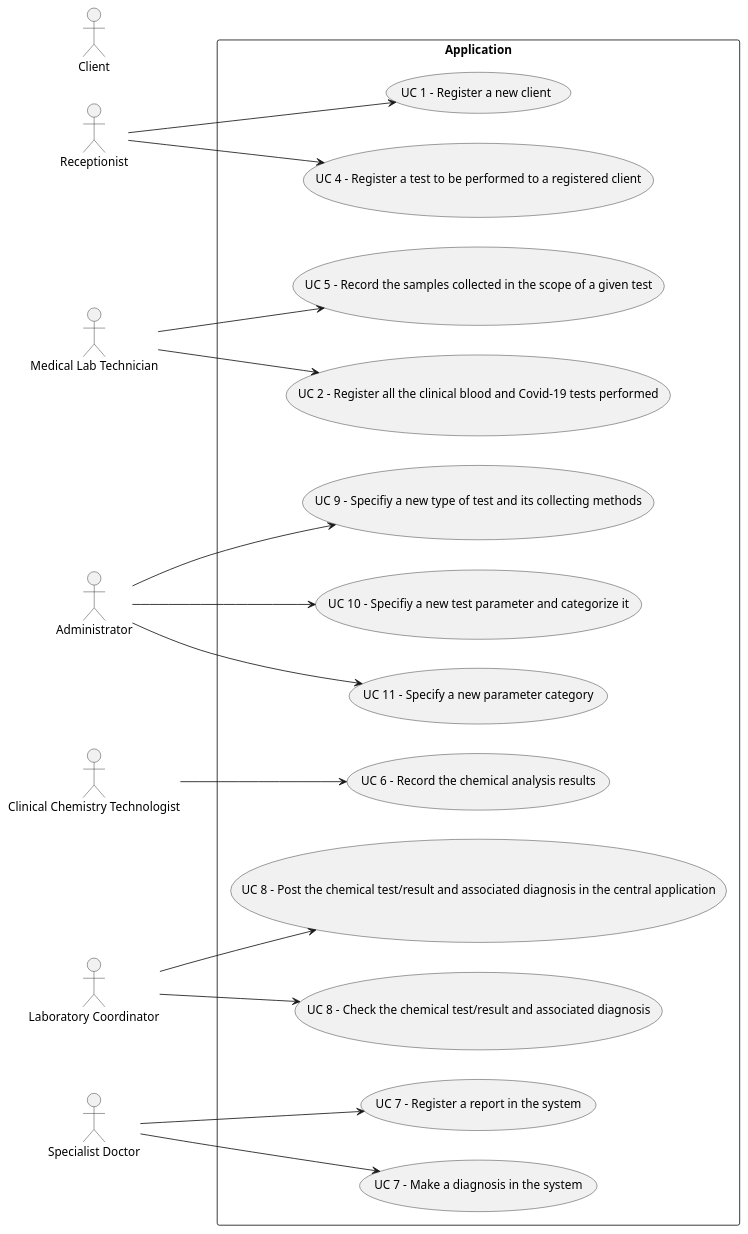
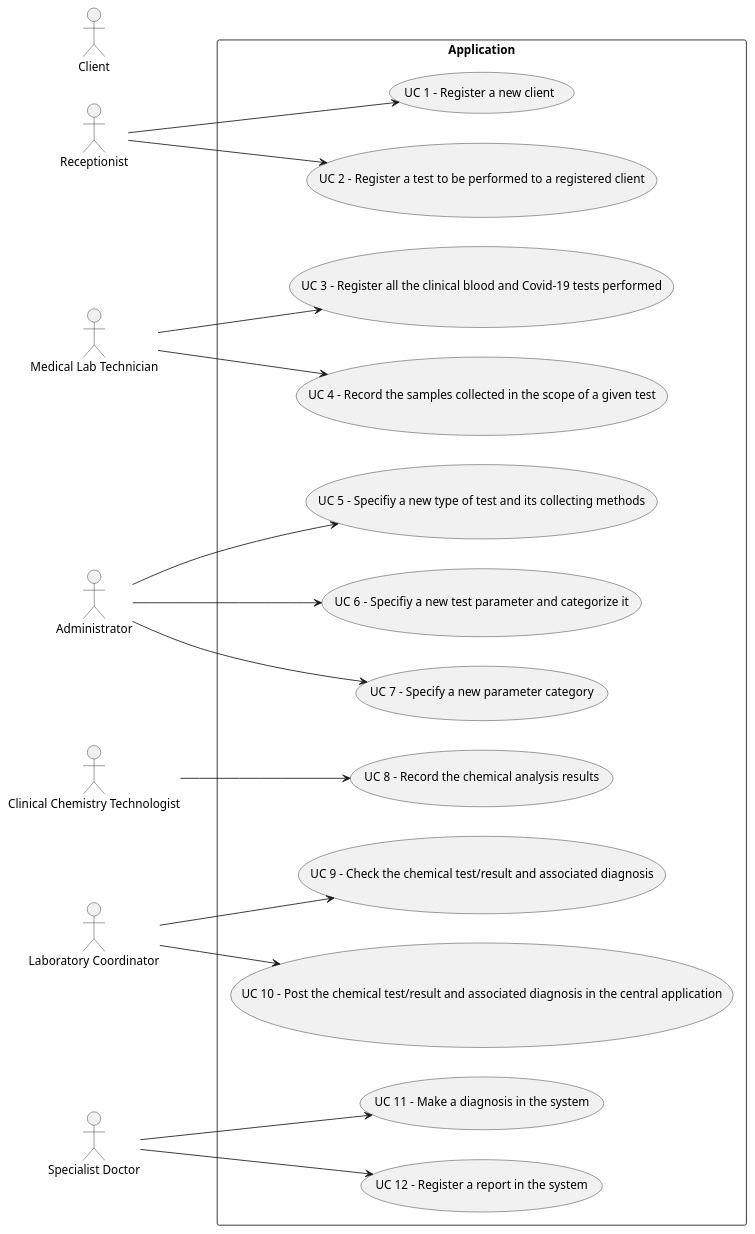
The diagram in docs/SprintA/Use Case Diagram.puml (ana-albergaria/LAPR2-ISEP), drawn with PlantUML before and after one commit. The commit also changed 1 other file, not shown here.

Commit message:
fixing enumeration of UC's in the UC diagram

```diff
--- a/docs/SprintA/Use Case Diagram.puml
+++ b/docs/SprintA/Use Case Diagram.puml
@@ -1,32 +1,32 @@
 @startuml
 
 left to right direction
 skinparam packageStyle rectangle
 actor Receptionist
 actor "Medical Lab Technician" as MLT
 actor Administrator
 actor "Clinical Chemistry Technologist" as CCT
 actor "Laboratory Coordinator" as LC
 actor "Specialist Doctor" as SD
 actor Client
 
 
 
 rectangle Application {
 Receptionist --> (UC 1 - Register a new client)
-MLT --> (UC 2 - Register all the clinical blood and Covid-19 tests performed)
-Receptionist --> (UC 4 - Register a test to be performed to a registered client)
-MLT --> (UC 5 - Record the samples collected in the scope of a given test)
-CCT --> (UC 6 - Record the chemical analysis results)
-SD --> (UC 7 - Make a diagnosis in the system)
-SD --> (UC 7 - Register a report in the system)
-LC --> (UC 8 - Check the chemical test/result and associated diagnosis)
-LC --> (UC 8 - Post the chemical test/result and associated diagnosis in the central application)
-Administrator --> (UC 9 - Specifiy a new type of test and its collecting methods)
-Administrator --> (UC 10 - Specifiy a new test parameter and categorize it)
-Administrator --> (UC 11 - Specify a new parameter category)
+Receptionist --> (UC 2 - Register a test to be performed to a registered client)
+MLT --> (UC 3 - Register all the clinical blood and Covid-19 tests performed)
+MLT --> (UC 4 - Record the samples collected in the scope of a given test)
+CCT --> (UC 8 - Record the chemical analysis results)
+Administrator --> (UC 5 - Specifiy a new type of test and its collecting methods)
+Administrator --> (UC 6 - Specifiy a new test parameter and categorize it)
+Administrator --> (UC 7 - Specify a new parameter category)
+SD --> (UC 11 - Make a diagnosis in the system)
+SD --> (UC 12 - Register a report in the system)
+LC --> (UC 9 - Check the chemical test/result and associated diagnosis)
+LC --> (UC 10 - Post the chemical test/result and associated diagnosis in the central application)
 
 }
 
 
 @enduml
```
